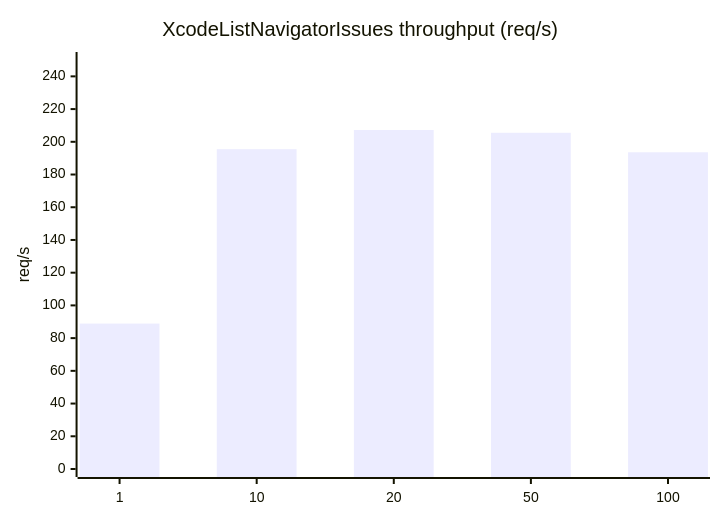
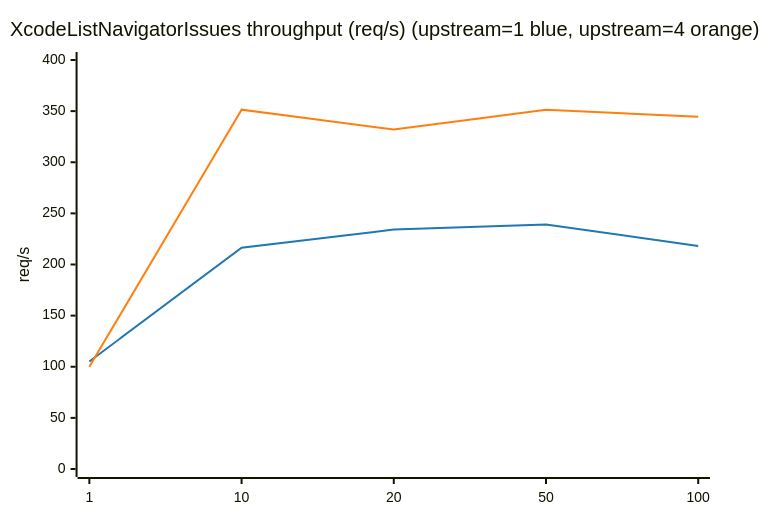
One commit to romanr/XcodeMCPKit changed the first of 9 diagrams in Docs/mcp-benchmark.md. Above: the diagram before and after it, drawn with Mermaid. The commit also changed other lines of this file, not shown here.

Commit message:
docs: rerun upstream=1 vs 4 benchmarks

````diff
--- a/Docs/mcp-benchmark.md
+++ b/Docs/mcp-benchmark.md
@@ -85,7 +109,9 @@
 ```mermaid
+%%{init: {'themeVariables': {'xyChart': {'plotColorPalette': '#1f77b4,#ff7f0e'}}}}%%
 xychart-beta
-    title "XcodeListNavigatorIssues throughput (req/s)"
+    title "XcodeListNavigatorIssues throughput (req/s) (upstream=1 blue, upstream=4 orange)"
     x-axis [1, 10, 20, 50, 100]
-    y-axis "req/s" 0 --> 250
-    bar [88.9, 195.5, 207.2, 205.5, 193.6]
+    y-axis "req/s" 0 --> 400
+    line [105.1, 216.4, 234.2, 239.0, 218.2]
+    line [99.9, 351.4, 332.0, 351.3, 344.4]
 ```
````
